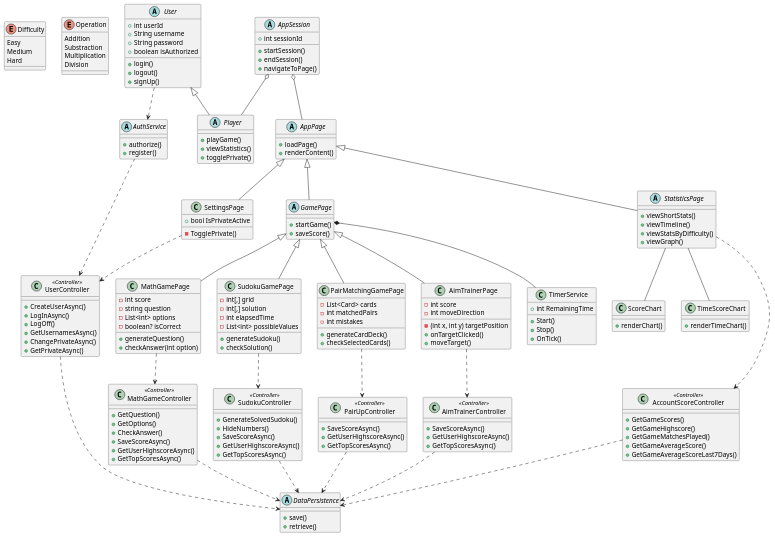
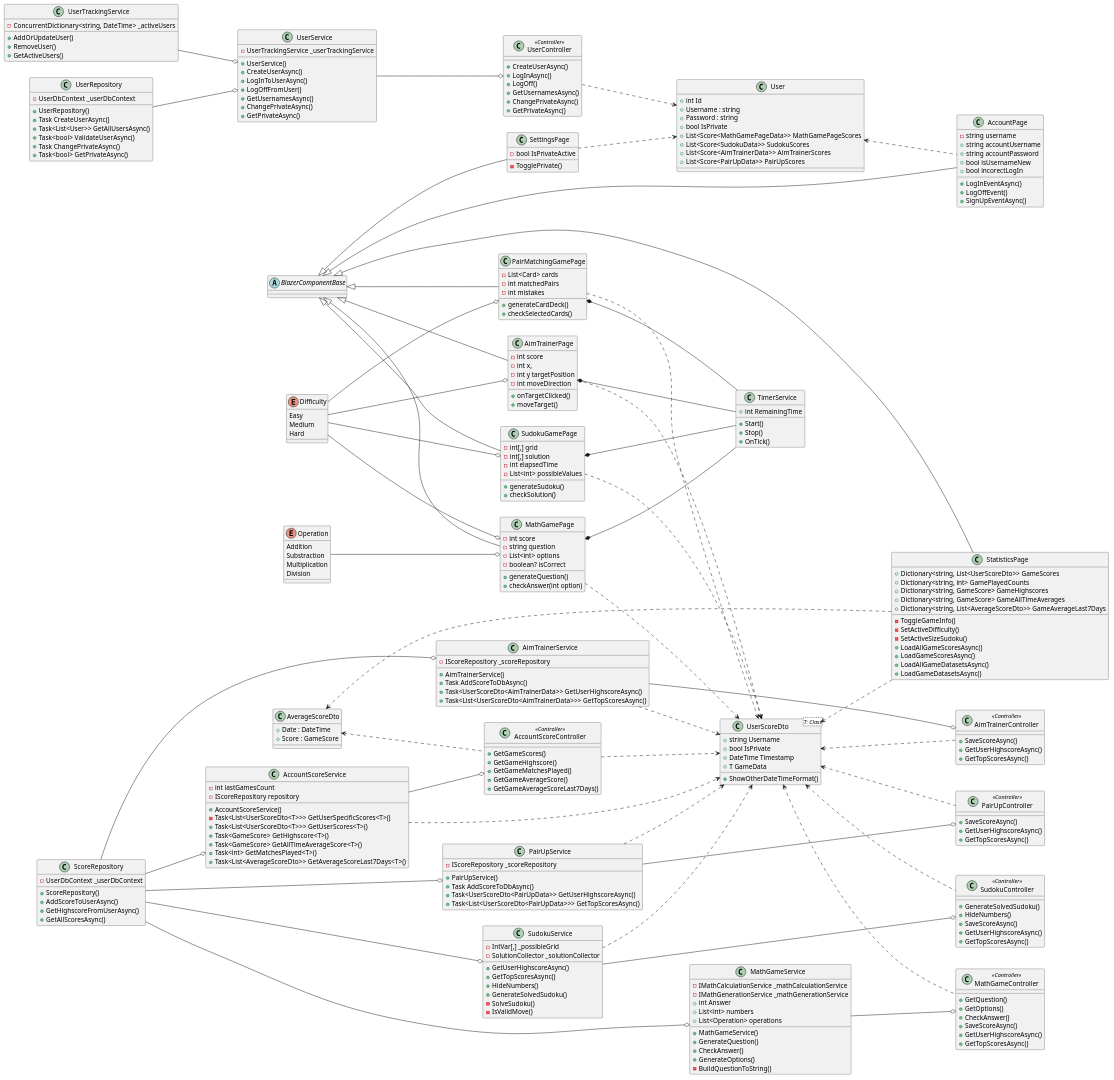
The diagram in Diagrams/class_diagram.puml (Cryptic5/itsSoOverlief), drawn with PlantUML before and after one commit.

Commit message:
update: class diagram

```diff
--- a/Diagrams/class_diagram.puml
+++ b/Diagrams/class_diagram.puml
@@ -1,5 +1,7 @@
 @startuml
-' ======== Abstract Classes and Enumerations ========
+left to right direction
+'skinparam linetype polyline
+'skinparam linetype ortho
 enum Difficulty {
 Easy
 Medium
@@ -13,51 +15,33 @@
 Division
 }
 
-' ======== Data & Persistence ========
-abstract class DataPersistence {
-+save()
-+retrieve()
+abstract class BlazerComponentBase {
 }
 
-' ======== User/Account Domain ========
-abstract class User {
-+int userId
-+String username
-+String password
-+boolean isAuthorized
-+login()
-+logout()
-+signUp()
+class AccountPage extends BlazerComponentBase {
+  - string username 
+  + string accountUsername
+  + string accountPassword
+  + bool isUsernameNew
+  + bool incorectLogIn
+
+  + LogInEventAsync()
+  + LogOffEvent()
+  + SignUpEventAsync()
 }
 
-abstract class Player {
-+playGame()
-+viewStatistics()
-+togglePrivate()
+class User {
+  + int Id
+  + Username : string
+  + Password : string
+  + bool IsPrivate
+  + List<Score<MathGamePageData>> MathGamePageScores
+  + List<Score<SudokuData>> SudokuScores
+  + List<Score<AimTrainerData>> AimTrainerScores
+  + List<Score<PairUpData>> PairUpScores
 }
 
-User <|-- Player
-
-' ======== Application Session ========
-abstract class AppSession {
-+int sessionId
-+startSession()
-+endSession()
-+navigateToPage()
-}
-
-' ======== Application Pages ========
-abstract class AppPage {
-+loadPage()
-+renderContent()
-}
-
-abstract class GamePage extends AppPage {
-+startGame()
-+saveScore()
-}
-
-class MathGamePage extends GamePage {
+class MathGamePage extends BlazerComponentBase {
 -int score
 -string question
 -List<int> options
@@ -66,7 +50,7 @@
 +checkAnswer(int option)
 }
 
-class SudokuGamePage extends GamePage {
+class SudokuGamePage extends BlazerComponentBase {
 -int[,] grid
 -int[,] solution
 -int elapsedTime
@@ -75,7 +59,7 @@
 +checkSolution()
 }
 
-class PairMatchingGamePage extends GamePage {
+class PairMatchingGamePage extends BlazerComponentBase {
 -List<Card> cards
 -int matchedPairs
 -int mistakes
@@ -83,44 +67,53 @@
 +checkSelectedCards()
 }
 
-class AimTrainerPage extends GamePage {
+class AimTrainerPage extends BlazerComponentBase {
 -int score
--(int x, int y) targetPosition
+-int x,
+-int y targetPosition
 -int moveDirection
 +onTargetClicked()
 +moveTarget()
 }
 
-class SettingsPage extends AppPage {
-  +bool IsPrivateActive
-  -TogglePrivate()
+class SettingsPage extends BlazerComponentBase {
+  - bool IsPrivateActive
+  - TogglePrivate()
 }
 
-
-' ======== Statistics/High Score Domain ========
-abstract class StatisticsPage extends AppPage {
-+viewShortStats()
-+viewTimeline()
-+viewStatsByDifficulty()
-+viewGraph()
+class UserScoreDto <T: Class> {
+  + string Username
+  + bool IsPrivate
+  + DateTime Timestamp
+  + T GameData 
+  + ShowOtherDateTimeFormat()
 }
 
-class ScoreChart {
-+renderChart()
+class StatisticsPage extends BlazerComponentBase {
+  + Dictionary<string, List<UserScoreDto>> GameScores 
+  + Dictionary<string, int> GamePlayedCounts
+  + Dictionary<string, GameScore> GameHighscores
+  + Dictionary<string, GameScore> GameAllTimeAverages
+  + Dictionary<string, List<AverageScoreDto>> GameAverageLast7Days
+
+  - ToggleGameInfo()
+  - SetActiveDifficulty()
+  - SetActiveSizeSudoku()
+  + LoadAllGameScoresAsync()
+  + LoadGameScoresAsync()
+  + LoadAllGameDatasetsAsync()
+  + LoadGameDatasetsAsync()
 }
 
-class TimeScoreChart {
-+renderTimeChart()
+class AverageScoreDto {
+  + Date : DateTime
+  + Score : GameScore
 }
 
-StatisticsPage -- ScoreChart
-StatisticsPage -- TimeScoreChart
+AverageScoreDto <.. StatisticsPage
+AverageScoreDto <.. AccountScoreController
+AccountScoreController ..> UserScoreDto
 
-
-AppSession o-- AppPage
-AppSession o-- Player
-
-' ======== Timer Service ========
 class TimerService {
 +int RemainingTime
 +Start()
@@ -128,17 +121,6 @@
 +OnTick()
 }
 
-GamePage *-- TimerService
-
-
-' ======== Services (Subset) ========
-abstract class AuthService {
-+authorize()
-+register()
-}
-User ..> AuthService
-
-' ======== Controllers ========
 class AccountScoreController <<Controller>> {
 +GetGameScores()
 +GetGameHighscore()
@@ -147,7 +129,6 @@
 +GetGameAverageScoreLast7Days()
 }
 
-AccountScoreController ..> DataPersistence
 
 class AimTrainerController <<Controller>> {
 +SaveScoreAsync()
@@ -187,18 +168,162 @@
 +GetPrivateAsync()
 }
 
-' ======== Relationships for Controllers ========
-AuthService ..> UserController
-MathGamePage ..> MathGameController
-PairMatchingGamePage ..> PairUpController
-SudokuGamePage ..> SudokuController
-AimTrainerPage ..> AimTrainerController
-SettingsPage ..> UserController
-StatisticsPage ..> AccountScoreController
+class AccountScoreService {
+  - int lastGamesCount
+  - IScoreRepository repository
 
-AimTrainerController ..> DataPersistence
-MathGameController ..> DataPersistence
-PairUpController ..> DataPersistence
-SudokuController ..> DataPersistence
-UserController ..> DataPersistence
+  + AccountScoreService()
+  - Task<List<UserScoreDto<T>>> GetUserSpecificScores<T>()
+  + Task<List<UserScoreDto<T>>> GetUserScores<T>()
+  + Task<GameScore> GetHighscore<T>()
+  + Task<GameScore> GetAllTimeAverageScore<T>()
+  + Task<int> GetMatchesPlayed<T>()
+  + Task<List<AverageScoreDto>> GetAverageScoreLast7Days<T>()
+}
+
+class AimTrainerService {
+  - IScoreRepository _scoreRepository
+
+  + AimTrainerService()
+  + Task AddScoreToDbAsync()
+  + Task<UserScoreDto<AimTrainerData>> GetUserHighscoreAsync()
+  + Task<List<UserScoreDto<AimTrainerData>>> GetTopScoresAsync()
+}
+
+AimTrainerService --o AimTrainerController
+AimTrainerService ..> UserScoreDto
+
+class PairUpService {
+  - IScoreRepository _scoreRepository
+
+  + PairUpService()
+  + Task AddScoreToDbAsync()
+  + Task<UserScoreDto<PairUpData>> GetUserHighscoreAsync()
+  + Task<List<UserScoreDto<PairUpData>>> GetTopScoresAsync()
+}
+
+class SudokuService {
+  - IntVar[,] _possibleGrid
+  - SolutionCollector _solutionCollector
+
+  + GetUserHighscoreAsync()
+  + GetTopScoresAsync()
+  + HideNumbers()
+  + GenerateSolvedSudoku()
+  - SolveSudoku()
+  - IsValidMove()
+}
+
+class UserService {
+  - UserTrackingService _userTrackingService
+
+  + UserService()
+  + CreateUserAsync()
+  + LogInToUserAsync()
+  + LogOffFromUser()
+  + GetUsernamesAsync()
+  + ChangePrivateAsync()
+  + GetPrivateAsync()
+}
+
+UserService --o UserController
+
+class UserTrackingService {
+  - ConcurrentDictionary<string, DateTime> _activeUsers
+
+  + AddOrUpdateUser()
+  + RemoveUser()
+  + GetActiveUsers()
+}
+
+class MathGameService {
+  - IMathCalculationService _mathCalculationService
+  - IMathGenerationService _mathGenerationService
+  + int Answer
+  + List<int> numbers
+  + List<Operation> operations
+
+  + MathGameService()
+  + GenerateQuestion()
+  + CheckAnswer()
+  + GenerateOptions()
+  - BuildQuestionToString()
+}
+
+class ScoreRepository {
+  - UserDbContext _userDbContext
+
+  + ScoreRepository()
+  + AddScoreToUserAsync()
+  + GetHighscoreFromUserAsync()
+  + GetAllScoresAsync()
+}
+
+class UserRepository {
+  - UserDbContext _userDbContext
+
+  + UserRepository()
+  + Task CreateUserAsync()
+  + Task<List<User>> GetAllUsersAsync()
+  + Task<bool> ValidateUserAsync()
+  + Task ChangePrivateAsync()
+  + Task<bool> GetPrivateAsync()
+}
+
+
+PairUpService --o PairUpController
+PairUpService ..> UserScoreDto
+
+
+UserTrackingService --o UserService
+
+MathGameService --o MathGameController
+
+
+ScoreRepository --o AccountScoreService
+ScoreRepository --o AimTrainerService
+ScoreRepository --o PairUpService
+ScoreRepository --o SudokuService
+ScoreRepository --o MathGameService
+
+
+UserRepository --o UserService
+
+
+SudokuService --o SudokuController
+SudokuService ..> UserScoreDto
+
+AccountScoreService --o AccountScoreController
+AccountScoreService ..> UserScoreDto
+
+SettingsPage ..> User
+
+Difficulty --o MathGamePage
+Difficulty --o SudokuGamePage
+Difficulty --o PairMatchingGamePage
+Difficulty --o AimTrainerPage
+Operation --o MathGamePage
+
+User <.. AccountPage
+UserController ..> User
+
+UserScoreDto <.. StatisticsPage
+
+MathGamePage ..> UserScoreDto
+SudokuGamePage ..> UserScoreDto
+PairMatchingGamePage ..> UserScoreDto
+AimTrainerPage ..> UserScoreDto
+
+
+UserScoreDto <.. MathGameController
+UserScoreDto <.. SudokuController
+UserScoreDto <.. PairUpController  
+UserScoreDto <.. AimTrainerController
+
+
+AimTrainerPage *-- TimerService
+SudokuGamePage *-- TimerService
+PairMatchingGamePage *-- TimerService
+MathGamePage *-- TimerService
+
 @enduml
```
